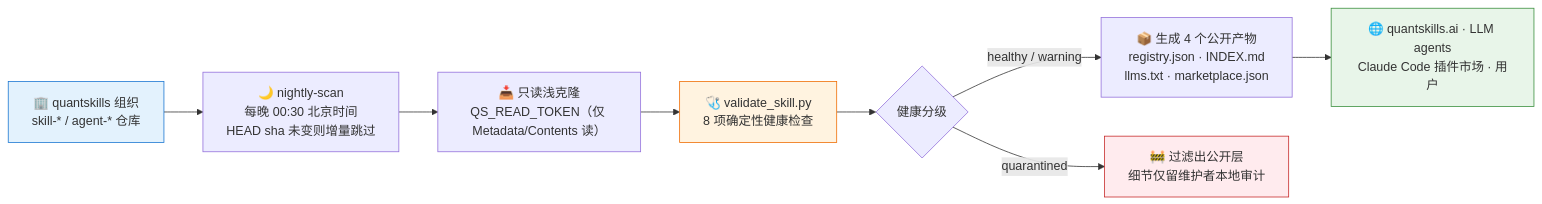
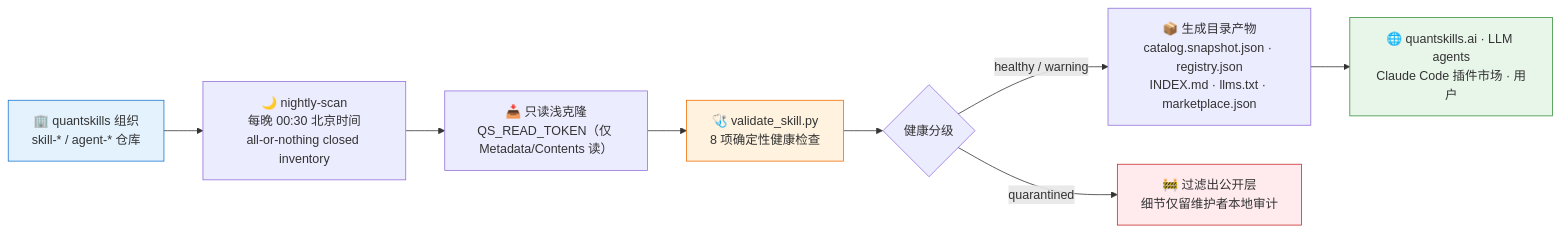
One commit to quantskills/registry changed the diagram in README.md. Above: the diagram before and after it, drawn with Mermaid. The commit also changed other lines of this file and 37 other files, not shown here.

First line of the commit message:
feat(registry): establish catalog contract v2 foundation

````diff
--- a/README.md
+++ b/README.md
@@ -37,15 +37,15 @@
 ```mermaid
 flowchart LR
-    A["🏢 quantskills 组织<br/>skill-* / agent-* 仓库"] --> B["🌙 nightly-scan<br/>每晚 00:30 北京时间<br/>HEAD sha 未变则增量跳过"]
+    A["🏢 quantskills 组织<br/>skill-* / agent-* 仓库"] --> B["🌙 nightly-scan<br/>每晚 00:30 北京时间<br/>all-or-nothing closed inventory"]
     B --> C["📥 只读浅克隆<br/>QS_READ_TOKEN（仅 Metadata/Contents 读）"]
     C --> D["🩺 validate_skill.py<br/>8 项确定性健康检查"]
     D --> E{"健康分级"}
-    E -->|"healthy / warning"| F["📦 生成 4 个公开产物<br/>registry.json · INDEX.md<br/>llms.txt · marketplace.json"]
+    E -->|"healthy / warning"| F["📦 生成目录产物<br/>catalog.snapshot.json · registry.json<br/>INDEX.md · llms.txt · marketplace.json"]
     E -->|"quarantined"| G["🚧 过滤出公开层<br/>细节仅留维护者本地审计"]
     F --> H["🌐 quantskills.ai · LLM agents<br/>Claude Code 插件市场 · 用户"]
 
     style A fill:#e3f2fd,stroke:#1976d2
     style D fill:#fff3e0,stroke:#ef6c00
     style G fill:#ffebee,stroke:#c62828
     style H fill:#e8f5e9,stroke:#388e3c
 ```
````
